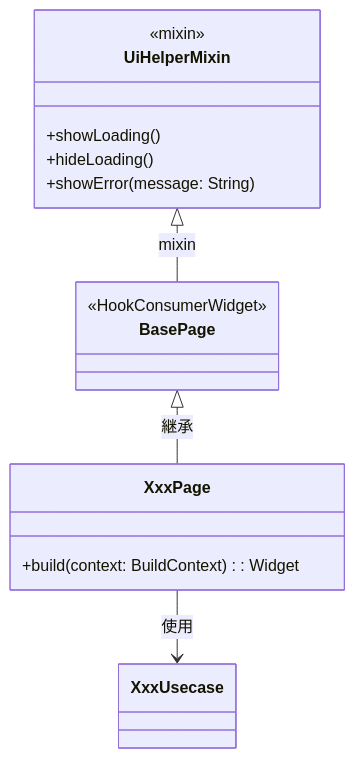
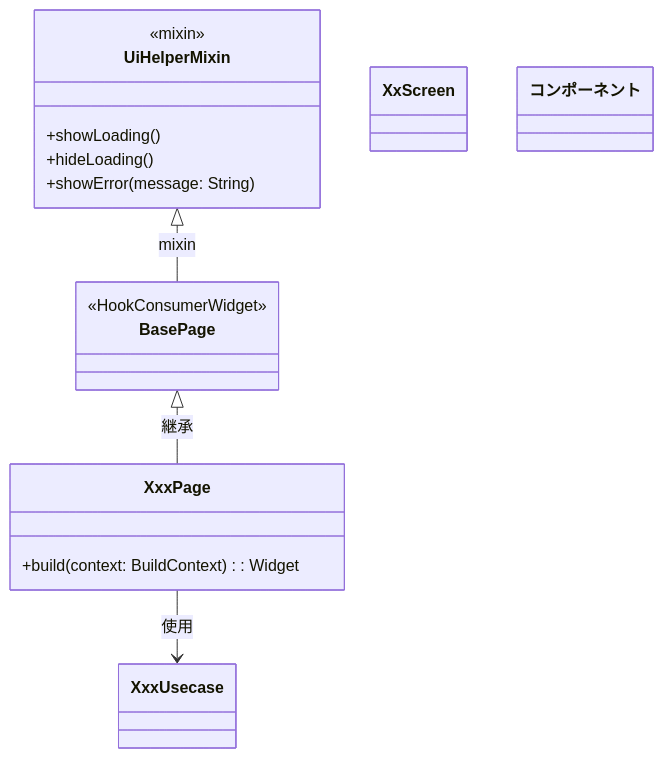
Before and after one commit to shuhei1101/allowance-questboard: the diagram in docs/ja/flutter/ページ設計.md, drawn with Mermaid. The commit also changed other lines of this file, not shown here.

````diff
--- a/docs/ja/flutter/ページ設計.md
+++ b/docs/ja/flutter/ページ設計.md
@@ -8,23 +8,26 @@
 ```mermaid
 classDiagram
     class UiHelperMixin {
         <<mixin>>
         +showLoading()
         +hideLoading()
         +showError(message: String)
     }
     
     class BasePage {
       <<HookConsumerWidget>>
     }
 
     class XxxPage {
       +build(context: BuildContext): Widget
     }
 
+    class XxScreen
+    class コンポーネント
+
     class XxxUsecase
 
     UiHelperMixin <|-- BasePage : mixin
     BasePage <|-- XxxPage : 継承
     XxxPage --> XxxUsecase : 使用
 ```
````
